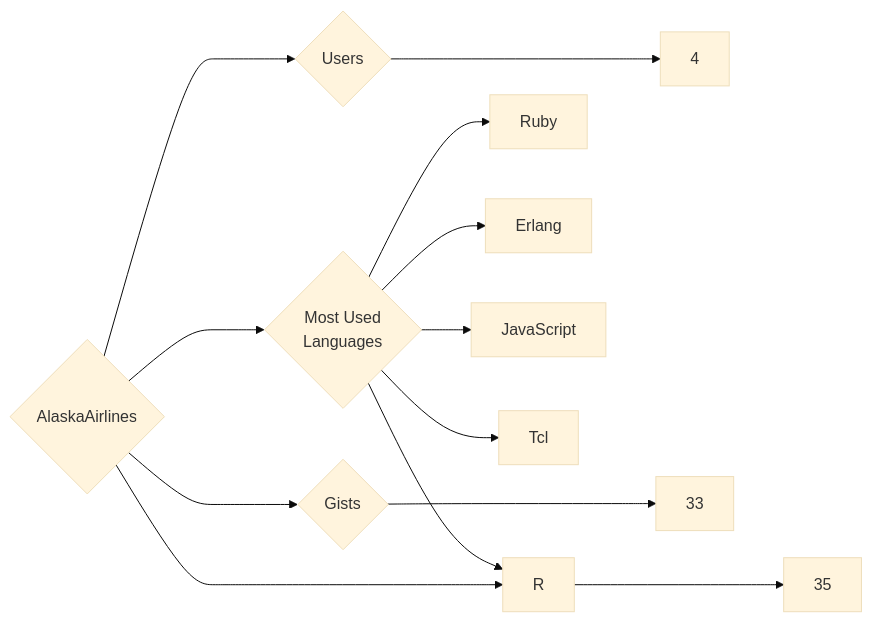
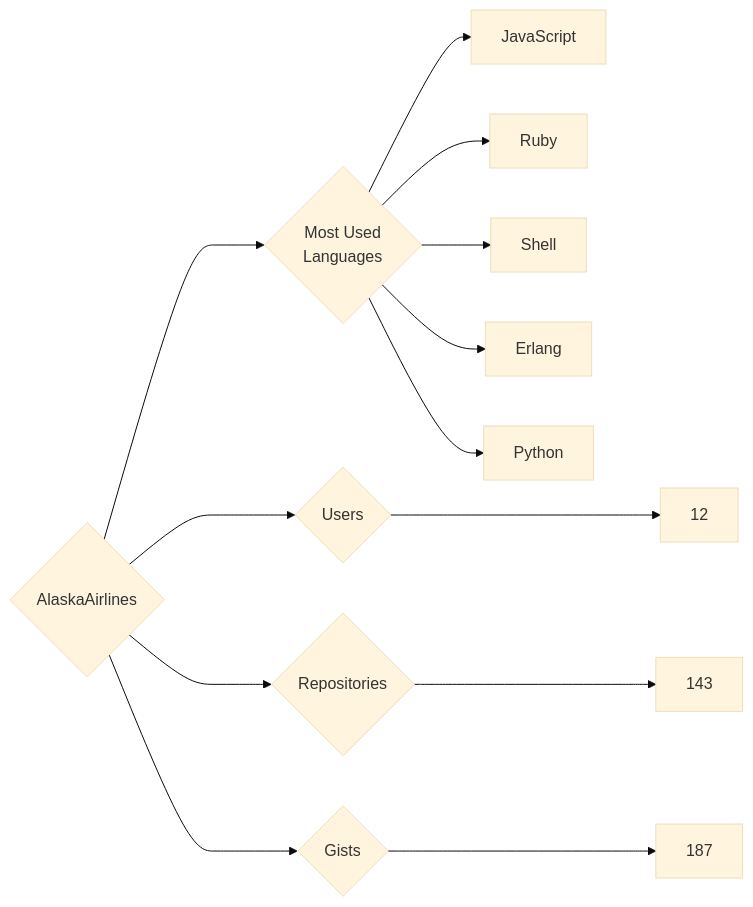
Before and after one commit to trickest/insiders: the diagram in targets/AlaskaAirlines/README.md, drawn with Mermaid (base theme). The commit also changed 1148 other files, not shown here.

````diff
--- a/targets/AlaskaAirlines/README.md
+++ b/targets/AlaskaAirlines/README.md
@@ -3,13 +3,13 @@
 ```mermaid
 graph LR
 COMPANY_NAME{AlaskaAirlines}
-COMPANY_NAME ---> U{Users} ---> UN[4]
-COMPANY_NAME ---> R{Repositories} ---> RN[35]
-COMPANY_NAME ---> G{Gists} ---> GN[33]
+COMPANY_NAME ---> U{Users} ---> UN[12]
+COMPANY_NAME ---> R{Repositories} ---> RN[143]
+COMPANY_NAME ---> G{Gists} ---> GN[187]
 COMPANY_NAME ---> ML{Most Used<br>Languages}
+ML --> JavaScript[JavaScript]
 ML --> Ruby[Ruby]
+ML --> Shell[Shell]
 ML --> Erlang[Erlang]
-ML --> JavaScript[JavaScript]
-ML --> Tcl[Tcl]
-ML --> R[R]
+ML --> Python[Python]
 ```
````
